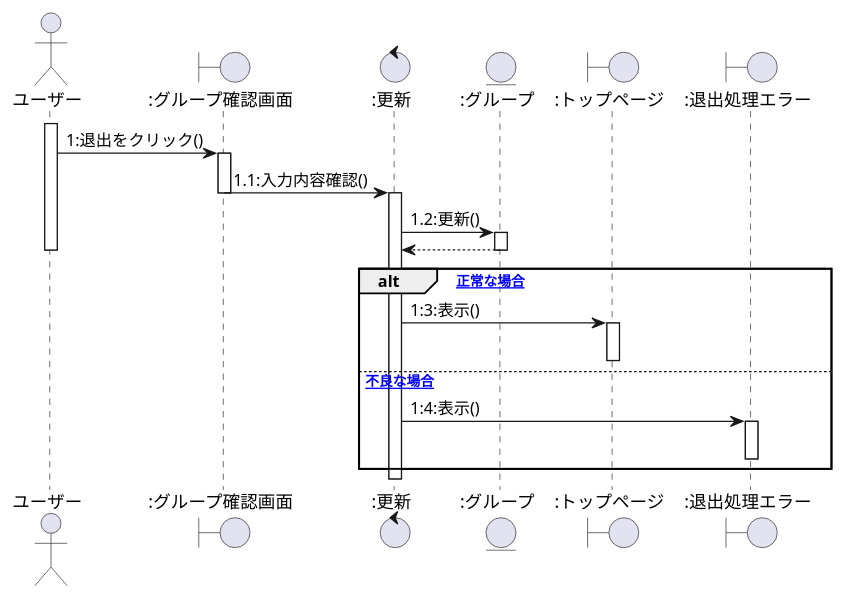
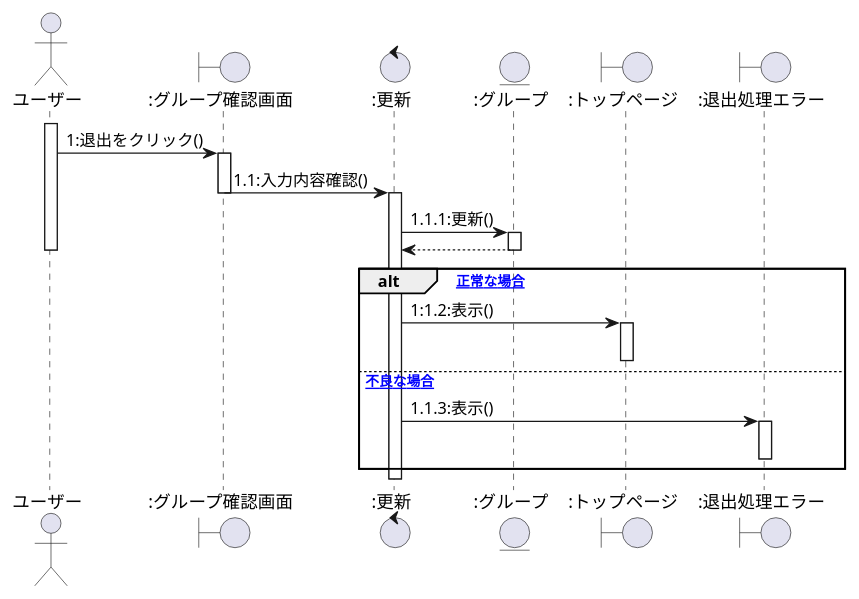
The third of 8 diagrams in user2_sequence.plantuml (ksw2270227/GroupF), drawn with PlantUML before and after one commit. The commit also changed other lines of this file, not shown here.

```diff
--- a/user2_sequence.plantuml
+++ b/user2_sequence.plantuml
@@ -65,32 +65,32 @@
 @startuml グループ退出シーケンス図
 actor ユーザー as 0
 boundary ":グループ確認画面" as a
 control ":更新" as b
 entity ":グループ" as c
 boundary ":トップページ" as d
 boundary ":退出処理エラー" as e
 
 activate 0
     0 -> a:1:退出をクリック()
     activate a
     a -> b:1.1:入力内容確認()
     deactivate a
     activate b
-    b -> c:1.2:更新()
+    b -> c:1.1.1:更新()
     activate c
     c --> b
     deactivate c
     deactivate 0
     
     alt [正常な場合]
-    b -> d:1:3:表示()
+    b -> d:1:1.2:表示()
     activate d
     deactivate d
     else [不良な場合]
-    b -> e:1:4:表示()
+    b -> e:1.1.3:表示()
     activate e
     deactivate e   
     
     deactivate e
     end
 @enduml
```
